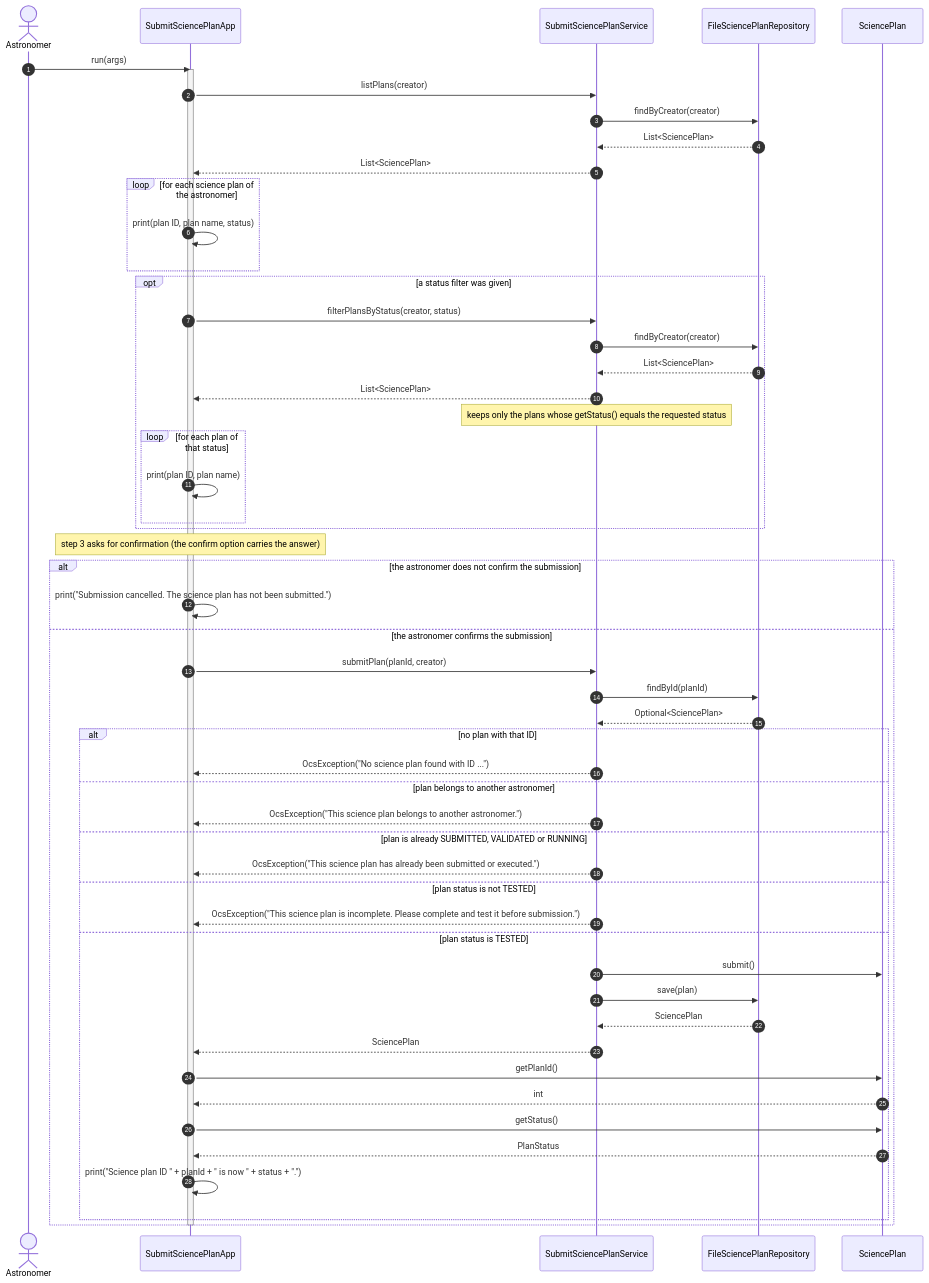
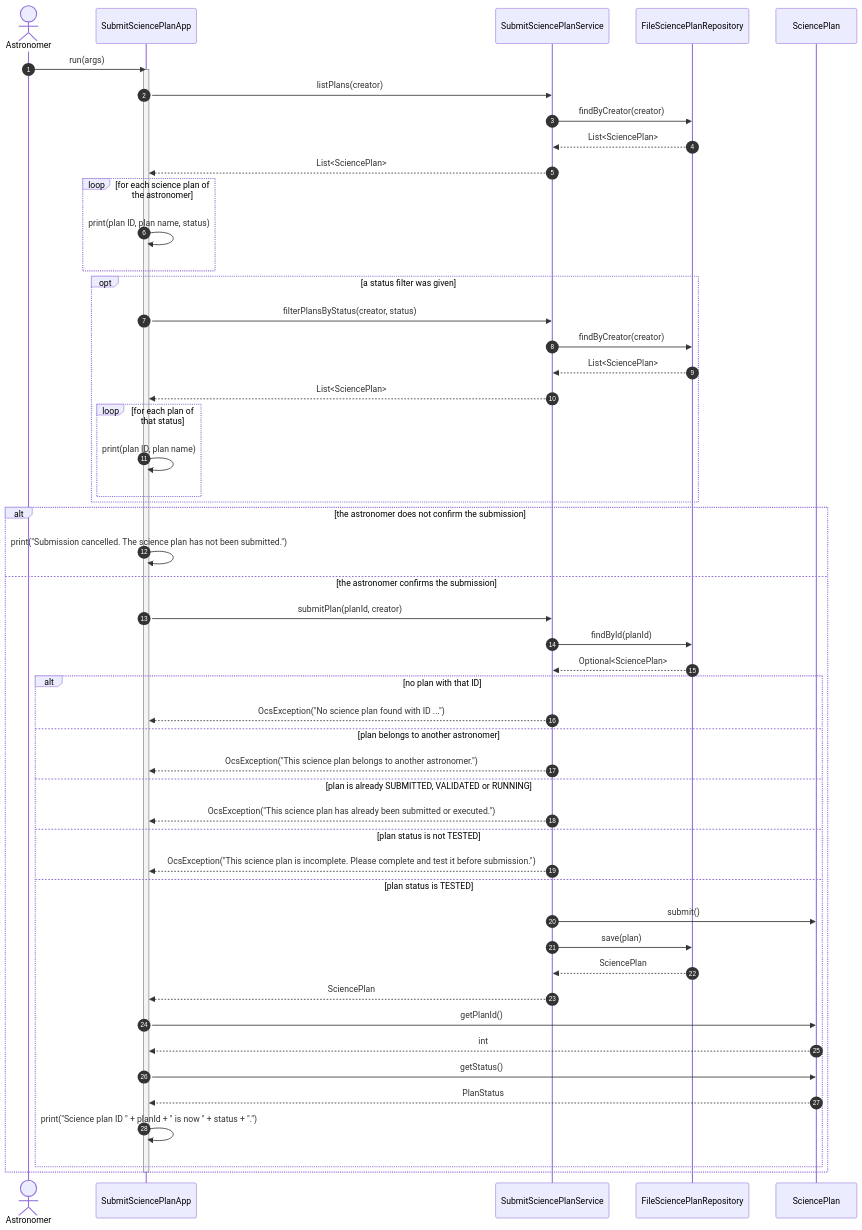
One commit to Sor117/nhoomalee-yaak-du-dao changed the fourth of 6 diagrams in AZERTY_D4_Design.md. Above: the diagram before and after it, drawn with Mermaid. The commit also changed other lines of this file, not shown here.

Commit message:
Removed notes in UC2, UC3 Sequence Diagrams

````diff
--- a/AZERTY_D4_Design.md
+++ b/AZERTY_D4_Design.md
@@ -708,57 +708,55 @@
 ```mermaid
 sequenceDiagram
     autonumber
     actor AST as Astronomer
     participant APP as SubmitSciencePlanApp
     participant SVC as SubmitSciencePlanService
     participant REP as FileSciencePlanRepository
     participant PLAN as SciencePlan
 
     AST->>APP: run(args)
     activate APP
     APP->>SVC: listPlans(creator)
     SVC->>REP: findByCreator(creator)
     REP-->>SVC: List<SciencePlan>
     SVC-->>APP: List<SciencePlan>
     loop for each science plan of the astronomer
         APP->>APP: print(plan ID, plan name, status)
     end
     opt a status filter was given
         APP->>SVC: filterPlansByStatus(creator, status)
         SVC->>REP: findByCreator(creator)
         REP-->>SVC: List<SciencePlan>
         SVC-->>APP: List<SciencePlan>
-        note over SVC: keeps only the plans whose getStatus() equals the requested status
         loop for each plan of that status
             APP->>APP: print(plan ID, plan name)
         end
     end
-    note over APP: step 3 asks for confirmation (the confirm option carries the answer)
     alt the astronomer does not confirm the submission
         APP->>APP: print("Submission cancelled. The science plan has not been submitted.")
     else the astronomer confirms the submission
         APP->>SVC: submitPlan(planId, creator)
         SVC->>REP: findById(planId)
         REP-->>SVC: Optional<SciencePlan>
         alt no plan with that ID
             SVC-->>APP: OcsException("No science plan found with ID ...")
         else plan belongs to another astronomer
             SVC-->>APP: OcsException("This science plan belongs to another astronomer.")
         else plan is already SUBMITTED, VALIDATED or RUNNING
             SVC-->>APP: OcsException("This science plan has already been submitted or executed.")
         else plan status is not TESTED
             SVC-->>APP: OcsException("This science plan is incomplete. Please complete and test it before submission.")
         else plan status is TESTED
             SVC->>PLAN: submit()
             SVC->>REP: save(plan)
             REP-->>SVC: SciencePlan
             SVC-->>APP: SciencePlan
             APP->>PLAN: getPlanId()
             PLAN-->>APP: int
             APP->>PLAN: getStatus()
             PLAN-->>APP: PlanStatus
             APP->>APP: print("Science plan ID " + planId + " is now " + status + ".")
         end
     end
     deactivate APP
 ```
````
